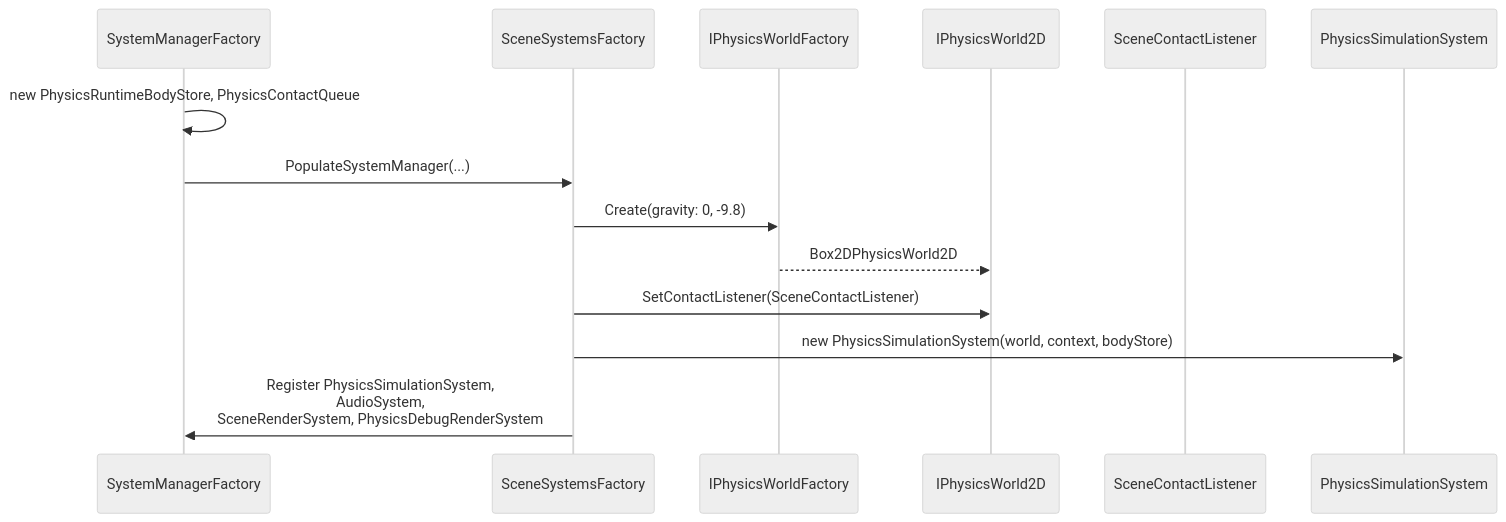
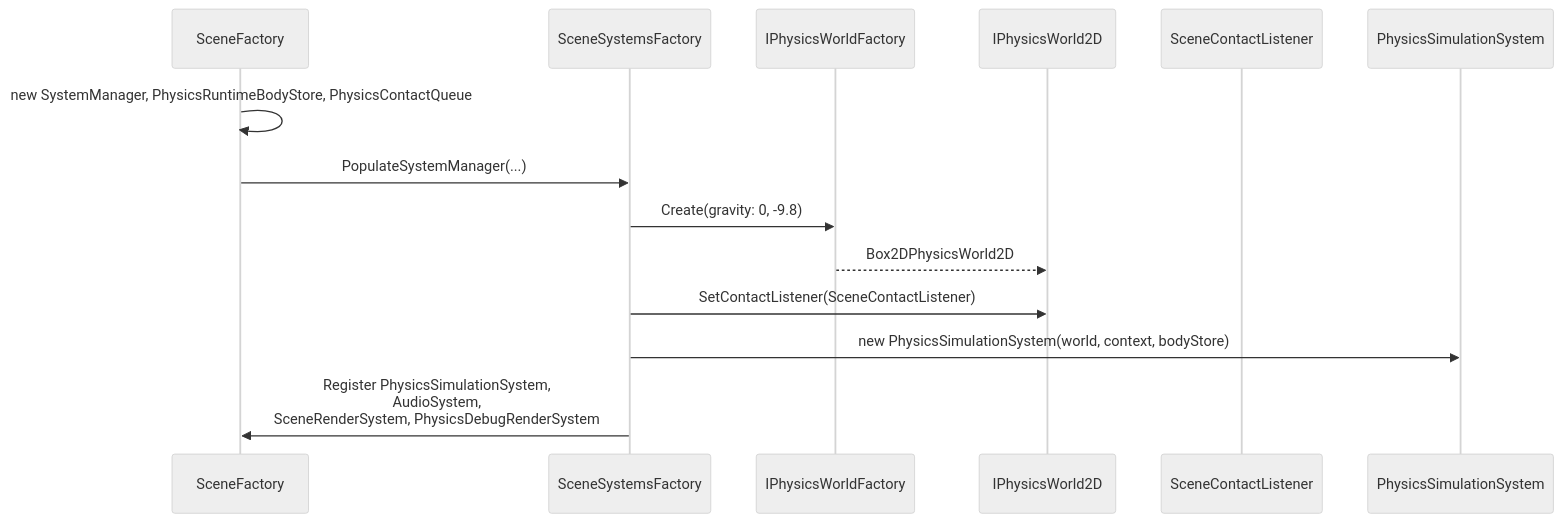
The second of 4 diagrams in docs/architecture/physics-system.md (kateusz/GameEngine), drawn with Mermaid (neutral theme) before and after one commit. The commit also changed other lines of this file and 8 other files, not shown here.

````diff
--- a/docs/architecture/physics-system.md
+++ b/docs/architecture/physics-system.md
@@ -114,17 +114,17 @@
 ```mermaid
 sequenceDiagram
-    participant SMF as SystemManagerFactory
+    participant SF as SceneFactory
     participant SSF as SceneSystemsFactory
     participant F as IPhysicsWorldFactory
     participant W as IPhysicsWorld2D
     participant CL as SceneContactListener
     participant PSS as PhysicsSimulationSystem
 
-    SMF->>SMF: new PhysicsRuntimeBodyStore, PhysicsContactQueue
-    SMF->>SSF: PopulateSystemManager(...)
+    SF->>SF: new SystemManager, PhysicsRuntimeBodyStore, PhysicsContactQueue
+    SF->>SSF: PopulateSystemManager(...)
     SSF->>F: Create(gravity: 0, -9.8)
     F-->>W: Box2DPhysicsWorld2D
     SSF->>W: SetContactListener(SceneContactListener)
     SSF->>PSS: new PhysicsSimulationSystem(world, context, bodyStore)
-    SSF->>SMF: Register PhysicsSimulationSystem,<br/>AudioSystem,<br/>SceneRenderSystem, PhysicsDebugRenderSystem
+    SSF->>SF: Register PhysicsSimulationSystem,<br/>AudioSystem,<br/>SceneRenderSystem, PhysicsDebugRenderSystem
 ```
````
